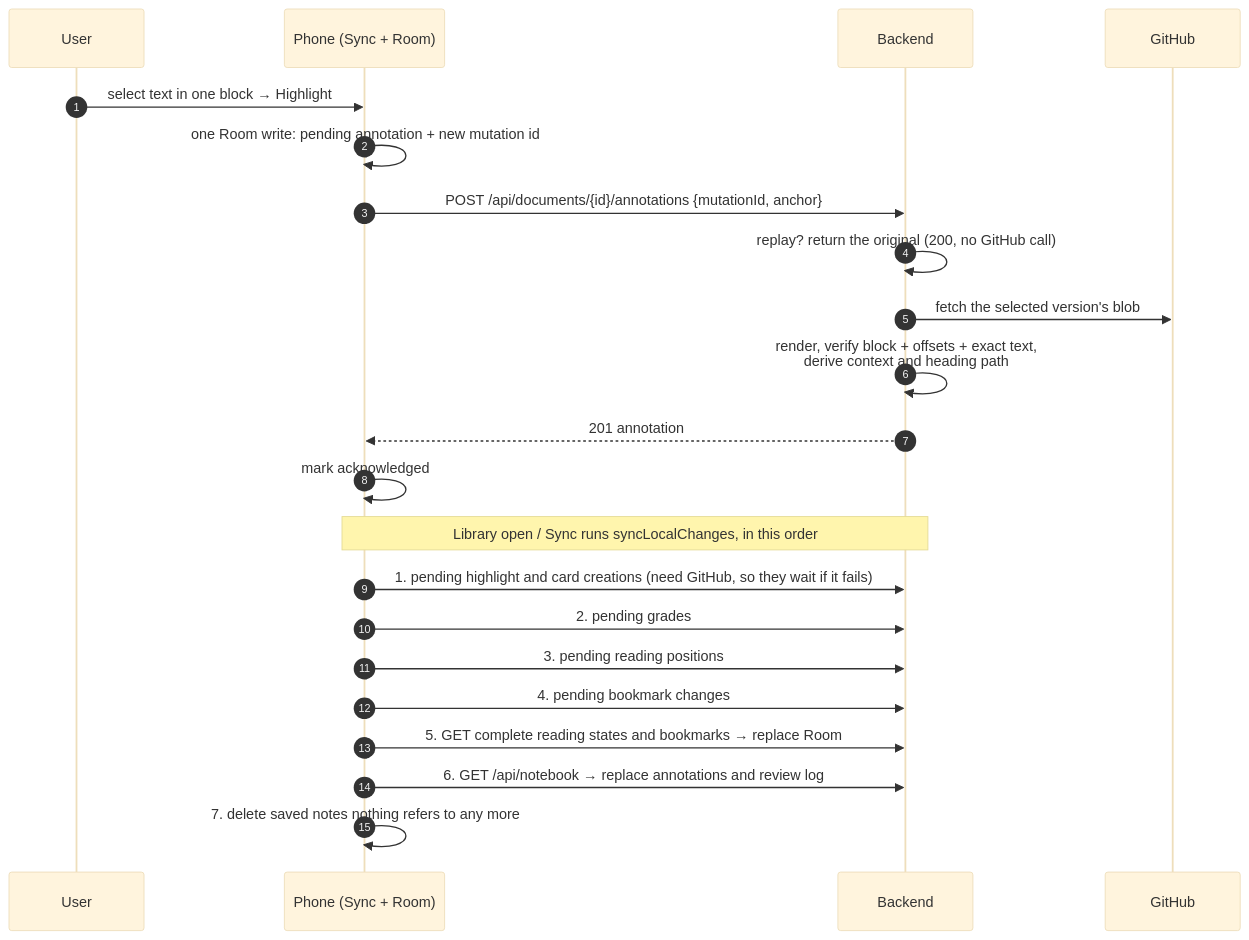
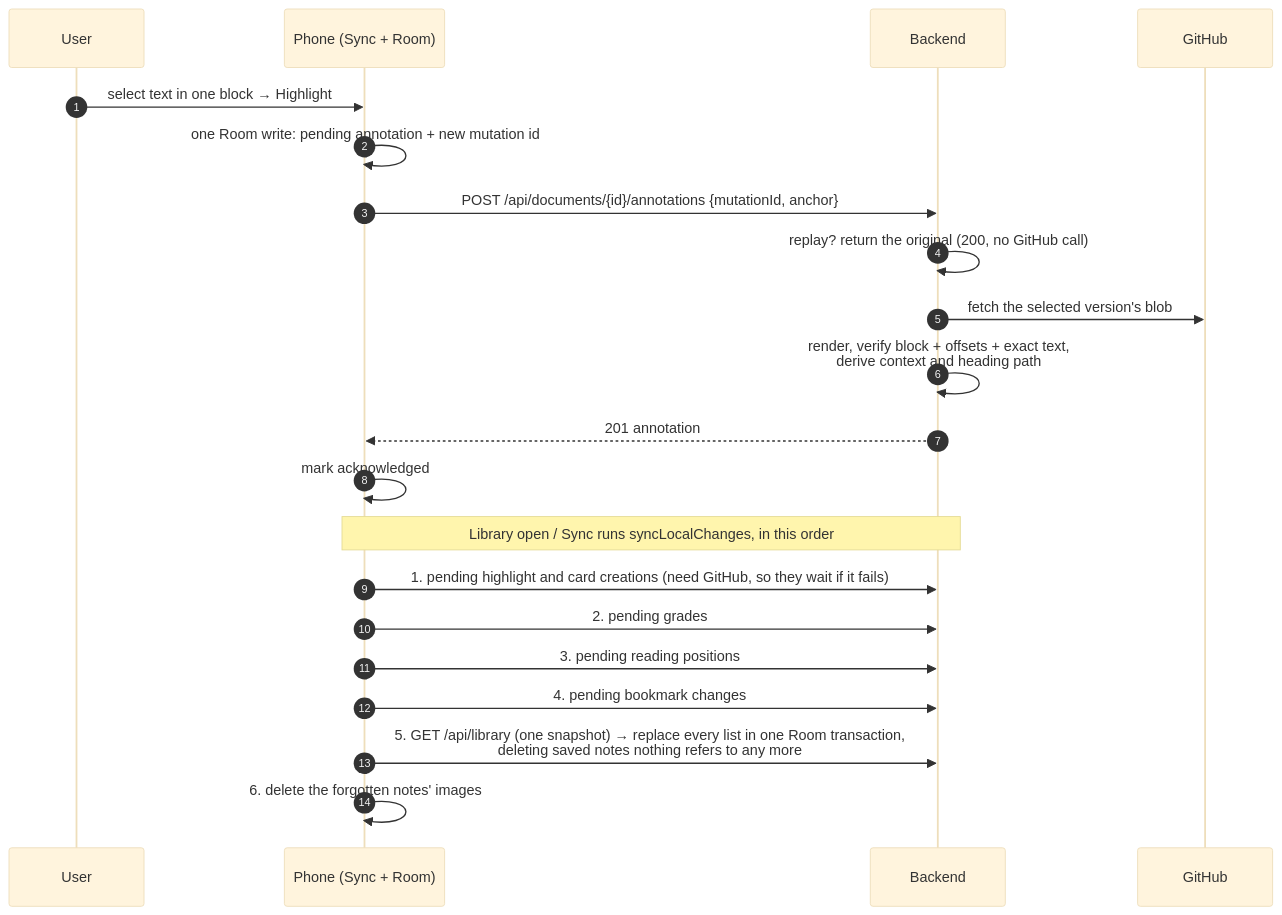
The ninth of 12 diagrams in docs/architecture.md (jaxwong/reporead), drawn with Mermaid (base theme) before and after one commit. The commit also changed other lines of this file and 4 other files, not shown here.

First line of the commit message:
Record the one-snapshot library read in the docs

````diff
--- a/docs/architecture.md
+++ b/docs/architecture.md
@@ -446,26 +455,25 @@
 ```mermaid
 sequenceDiagram
     autonumber
     participant U as User
     participant P as Phone (Sync + Room)
     participant API as Backend
     participant GH as GitHub
 
     U->>P: select text in one block → Highlight
     P->>P: one Room write: pending annotation + new mutation id
     P->>API: POST /api/documents/{id}/annotations {mutationId, anchor}
     API->>API: replay? return the original (200, no GitHub call)
     API->>GH: fetch the selected version's blob
     API->>API: render, verify block + offsets + exact text,<br/>derive context and heading path
     API-->>P: 201 annotation
     P->>P: mark acknowledged
 
     Note over P,API: Library open / Sync runs syncLocalChanges, in this order
     P->>API: 1. pending highlight and card creations (need GitHub, so they wait if it fails)
     P->>API: 2. pending grades
     P->>API: 3. pending reading positions
     P->>API: 4. pending bookmark changes
-    P->>API: 5. GET complete reading states and bookmarks → replace Room
-    P->>API: 6. GET /api/notebook → replace annotations and review log
-    P->>P: 7. delete saved notes nothing refers to any more
+    P->>API: 5. GET /api/library (one snapshot) → replace every list in one Room transaction,<br/>deleting saved notes nothing refers to any more
+    P->>P: 6. delete the forgotten notes' images
 ```
````
